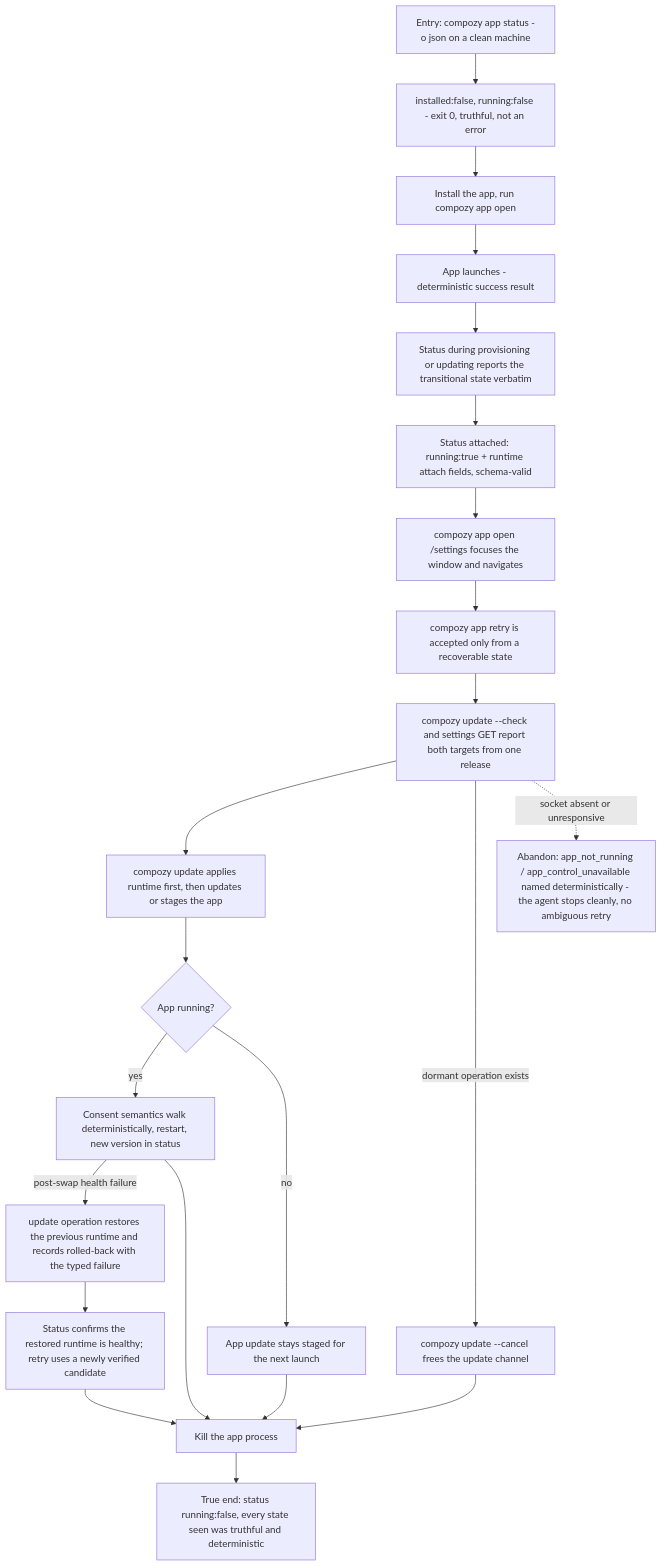
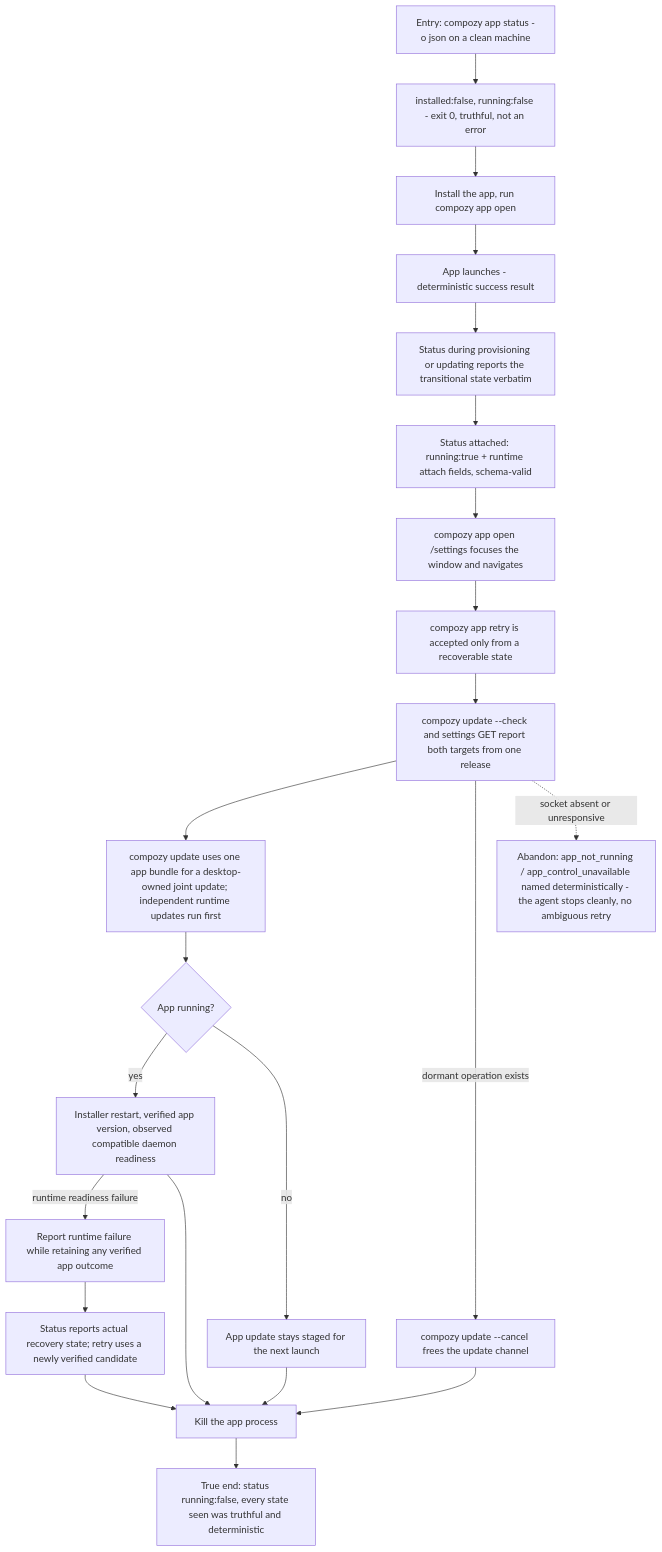
Before and after one commit to compozy/compozy: the diagram in docs/qa/journeys/J-desktop-agent-headless.md, drawn with Mermaid. The commit also changed other lines of this file and 42 other files, not shown here.

````diff
--- a/docs/qa/journeys/J-desktop-agent-headless.md
+++ b/docs/qa/journeys/J-desktop-agent-headless.md
@@ -8,24 +8,24 @@
 ```mermaid
 flowchart TD
     A[Entry: compozy app status -o json on a clean machine] --> B[installed:false, running:false - exit 0, truthful, not an error]
     B --> C[Install the app, run compozy app open]
     C --> D[App launches - deterministic success result]
     D --> E[Status during provisioning or updating reports the transitional state verbatim]
     E --> F[Status attached: running:true + runtime attach fields, schema-valid]
     F --> G[compozy app open /settings focuses the window and navigates]
     G --> G1[compozy app retry is accepted only from a recoverable state]
     G1 --> H[compozy update --check and settings GET report both targets from one release]
-    H --> I[compozy update applies runtime first, then updates or stages the app]
+    H --> I[compozy update uses one app bundle for a desktop-owned joint update; independent runtime updates run first]
     I --> J{App running?}
-    J -->|yes| K[Consent semantics walk deterministically, restart, new version in status]
+    J -->|yes| K[Installer restart, verified app version, observed compatible daemon readiness]
     J -->|no| P[App update stays staged for the next launch]
     H -->|dormant operation exists| Q[compozy update --cancel frees the update channel]
-    K -->|post-swap health failure| L[update operation restores the previous runtime and records rolled-back with the typed failure]
-    L --> M[Status confirms the restored runtime is healthy; retry uses a newly verified candidate]
+    K -->|runtime readiness failure| L[Report runtime failure while retaining any verified app outcome]
+    L --> M[Status reports actual recovery state; retry uses a newly verified candidate]
     K --> N[Kill the app process]
     P --> N
     Q --> N
     M --> N
     N --> O[True end: status running:false, every state seen was truthful and deterministic]
     H -.->|socket absent or unresponsive| X1[Abandon: app_not_running / app_control_unavailable named deterministically - the agent stops cleanly, no ambiguous retry]
 ```
````
